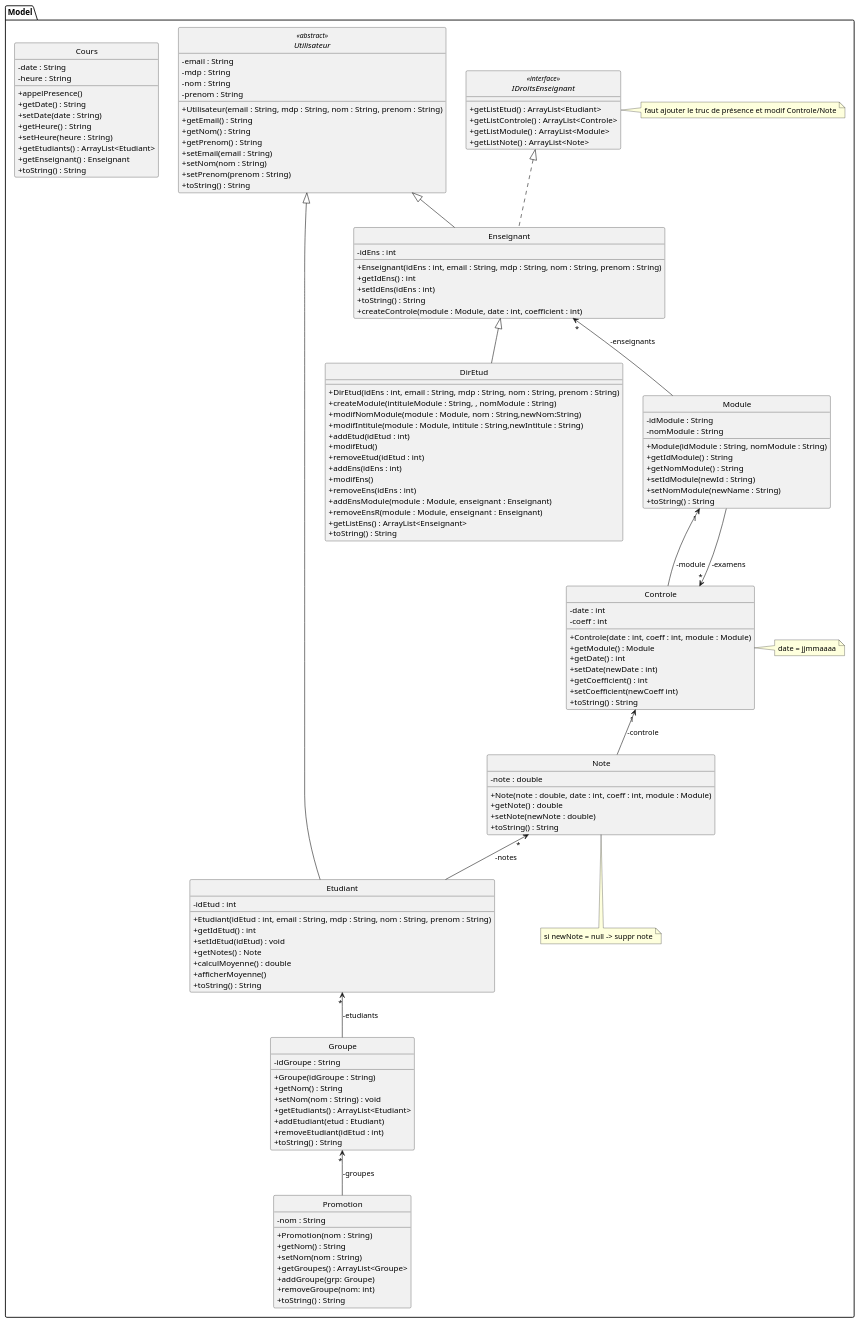
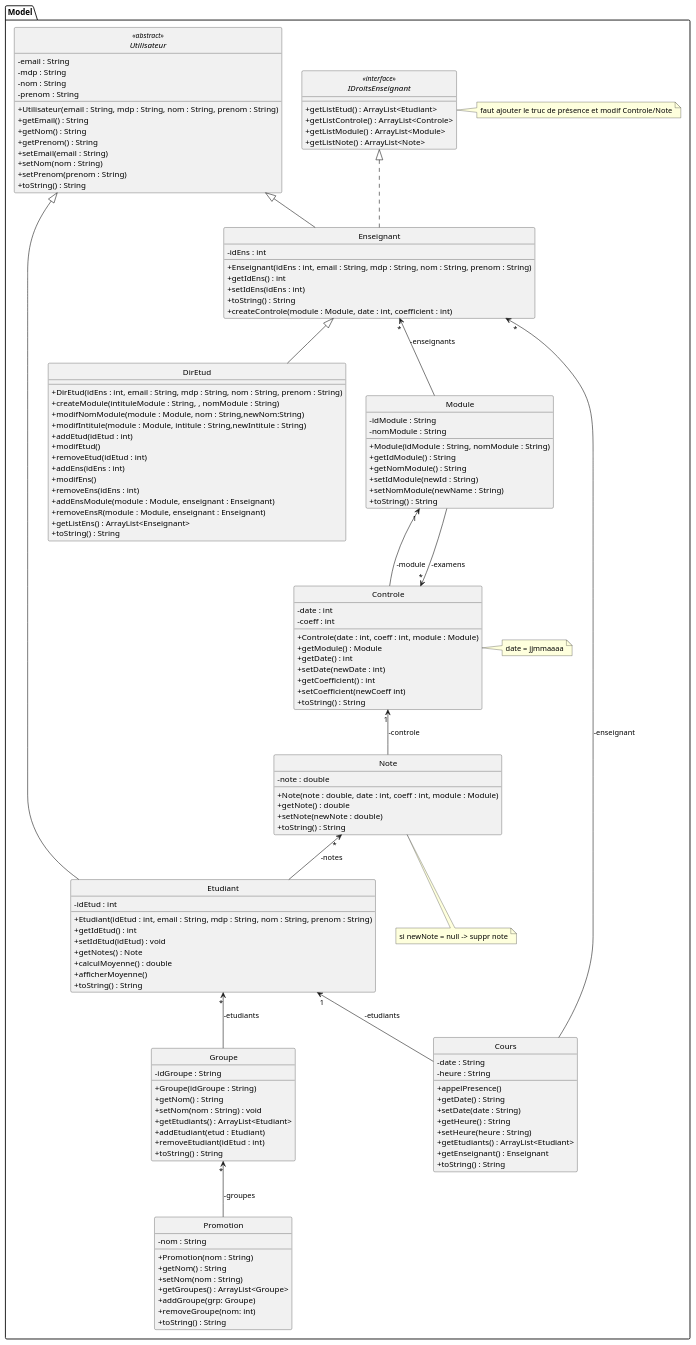
The diagram in s201_UML.md (Lohasta/Kallax), drawn with PlantUML before and after one commit.

Commit message:
added cours interaction w/ Enseignant & Etudiant

```diff
--- a/s201_UML.md
+++ b/s201_UML.md
@@ -150,6 +150,8 @@
 Enseignant "*" <-- Module : -enseignants
 Etudiant "*" <-- Groupe: -etudiants
 Groupe "*" <-- Promotion : -groupes
+Etudiant "1" <-- Cours: -etudiants
+Enseignant "*" <-- Cours : -enseignant
 Utilisateur <|-- Etudiant
 Controle "1" <-- Note : -controle
 Utilisateur <|-- Enseignant
```
